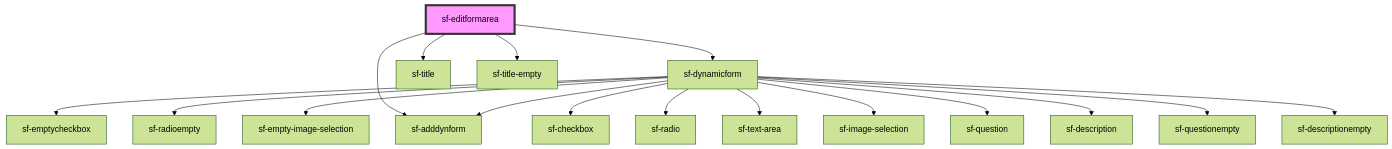
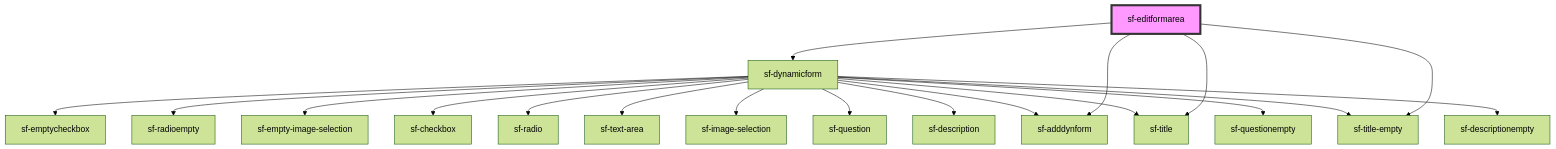
One commit to pxcemaker/SmartForms changed the diagram in fusion-opl/stencil-smartform-on-main/src/components/sf-editformarea/readme.md. Above: the diagram before and after it, drawn with Mermaid (forest theme). The commit also changed 2989 other files, not shown here.

````diff
--- a/fusion-opl/stencil-smartform-on-main/src/components/sf-editformarea/readme.md
+++ b/fusion-opl/stencil-smartform-on-main/src/components/sf-editformarea/readme.md
@@ -39,20 +39,22 @@
 ```mermaid
 graph TD;
   sf-editformarea --> sf-dynamicform
   sf-editformarea --> sf-title
   sf-editformarea --> sf-title-empty
   sf-editformarea --> sf-adddynform
   sf-dynamicform --> sf-emptycheckbox
   sf-dynamicform --> sf-radioempty
   sf-dynamicform --> sf-empty-image-selection
   sf-dynamicform --> sf-adddynform
   sf-dynamicform --> sf-checkbox
   sf-dynamicform --> sf-radio
   sf-dynamicform --> sf-text-area
   sf-dynamicform --> sf-image-selection
   sf-dynamicform --> sf-question
   sf-dynamicform --> sf-description
+  sf-dynamicform --> sf-title
+  sf-dynamicform --> sf-title-empty
   sf-dynamicform --> sf-questionempty
   sf-dynamicform --> sf-descriptionempty
   style sf-editformarea fill:#f9f,stroke:#333,stroke-width:4px
 ```
````
